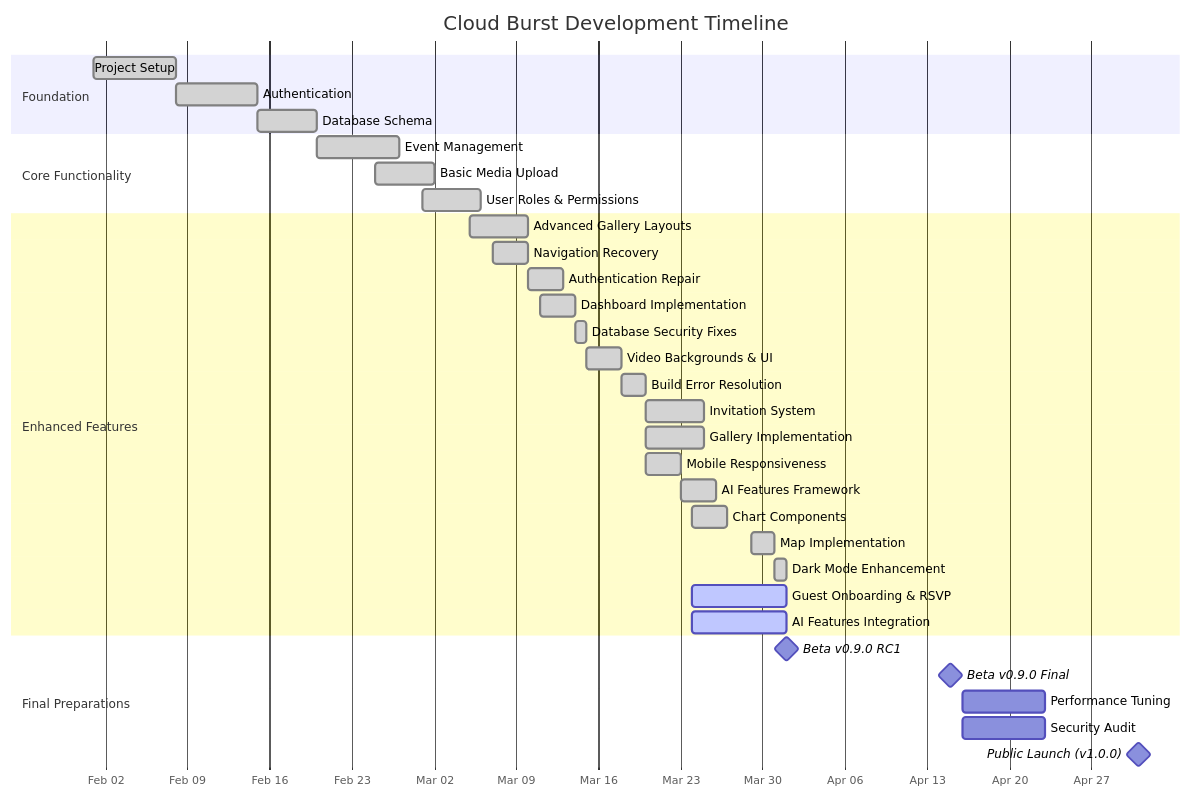
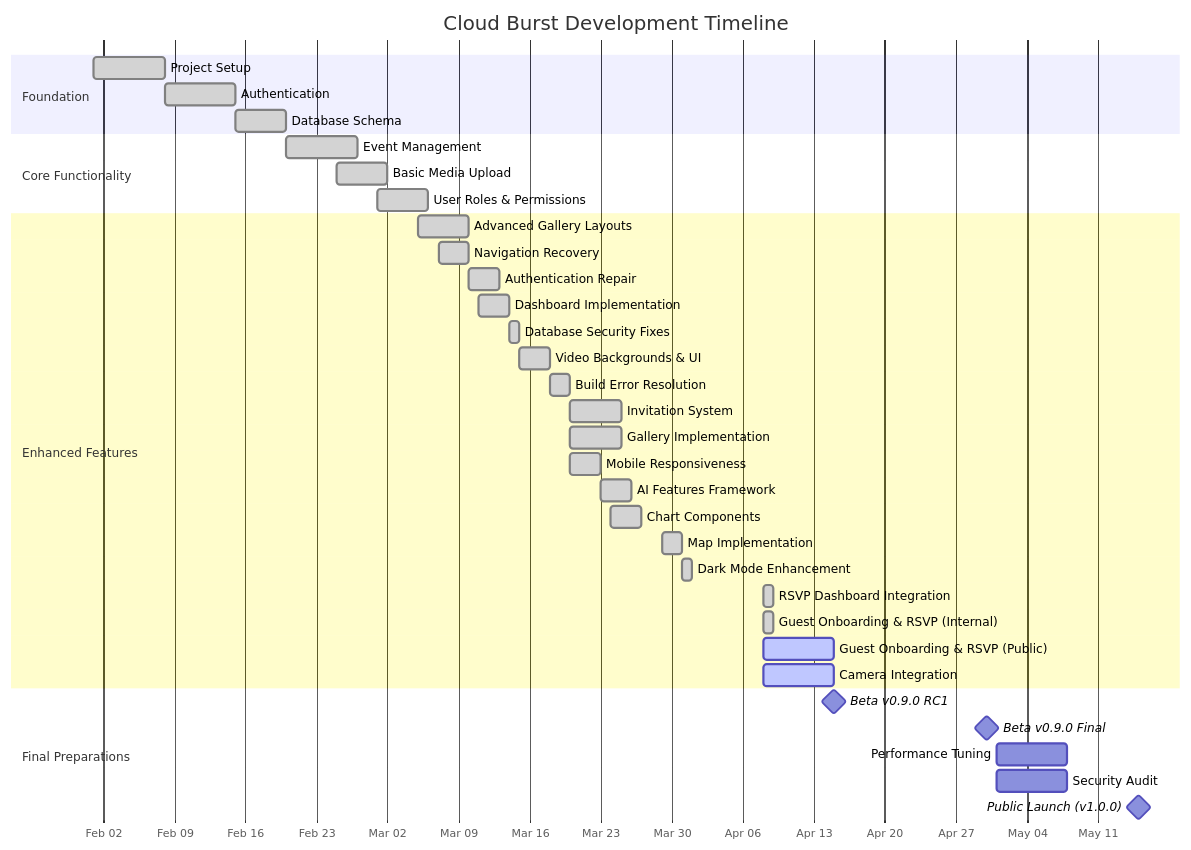
The first of 2 diagrams in docs/planning/roadmap.md (mrj0nesmtl/cloud-burst), drawn with Mermaid before and after one commit. The commit also changed other lines of this file and 17 other files, not shown here.

````diff
--- a/docs/planning/roadmap.md
+++ b/docs/planning/roadmap.md
@@ -144,41 +139,43 @@
 ```mermaid
 gantt
     title Cloud Burst Development Timeline
     dateFormat  YYYY-MM-DD
     axisFormat %b %d
     
     section Foundation
     Project Setup           :done, f1, 2025-02-01, 7d
     Authentication          :done, f2, 2025-02-08, 7d
     Database Schema         :done, f3, 2025-02-15, 5d
     
     section Core Functionality
     Event Management        :done, c1, 2025-02-20, 7d
     Basic Media Upload      :done, c2, 2025-02-25, 5d
     User Roles & Permissions:done, c3, 2025-03-01, 5d
     
     section Enhanced Features
     Advanced Gallery Layouts:done, e1, 2025-03-05, 5d
     Navigation Recovery     :done, e2, 2025-03-07, 3d
     Authentication Repair   :done, e3, 2025-03-10, 3d
     Dashboard Implementation:done, e4, 2025-03-11, 3d
     Database Security Fixes :done, e5, 2025-03-14, 1d
     Video Backgrounds & UI  :done, e6, 2025-03-15, 3d
     Build Error Resolution  :done, e7, 2025-03-18, 2d
     Invitation System       :done, e8, 2025-03-20, 5d
     Gallery Implementation  :done, e9, 2025-03-20, 5d
     Mobile Responsiveness   :done, e10, 2025-03-20, 3d
     AI Features Framework   :done, e11, 2025-03-23, 3d
     Chart Components        :done, e14, 2025-03-24, 3d
     Map Implementation      :done, e15, 2025-03-29, 2d
     Dark Mode Enhancement   :done, e16, 2025-03-31, 1d
-    Guest Onboarding & RSVP :active, e12, 2025-03-24, 8d
-    AI Features Integration :active, e13, 2025-03-24, 8d
+    RSVP Dashboard Integration :done, e17, 2025-04-08, 1d
+    Guest Onboarding & RSVP (Internal) :done, e18, 2025-04-08, 1d
+    Guest Onboarding & RSVP (Public) :active, e19, 2025-04-08, 7d
+    Camera Integration      :active, e20, 2025-04-08, 7d
     
     section Final Preparations
-    Beta v0.9.0 RC1         :milestone, b1, 2025-04-01, 0d
-    Beta v0.9.0 Final       :milestone, b2, 2025-04-15, 0d
-    Performance Tuning      :o1, 2025-04-16, 7d
-    Security Audit          :o2, 2025-04-16, 7d
-    Public Launch (v1.0.0)  :milestone, l3, 2025-05-01, 0d
+    Beta v0.9.0 RC1         :milestone, b1, 2025-04-15, 0d
+    Beta v0.9.0 Final       :milestone, b2, 2025-04-30, 0d
+    Performance Tuning      :o1, 2025-05-01, 7d
+    Security Audit          :o2, 2025-05-01, 7d
+    Public Launch (v1.0.0)  :milestone, l3, 2025-05-15, 0d
 ```
````
